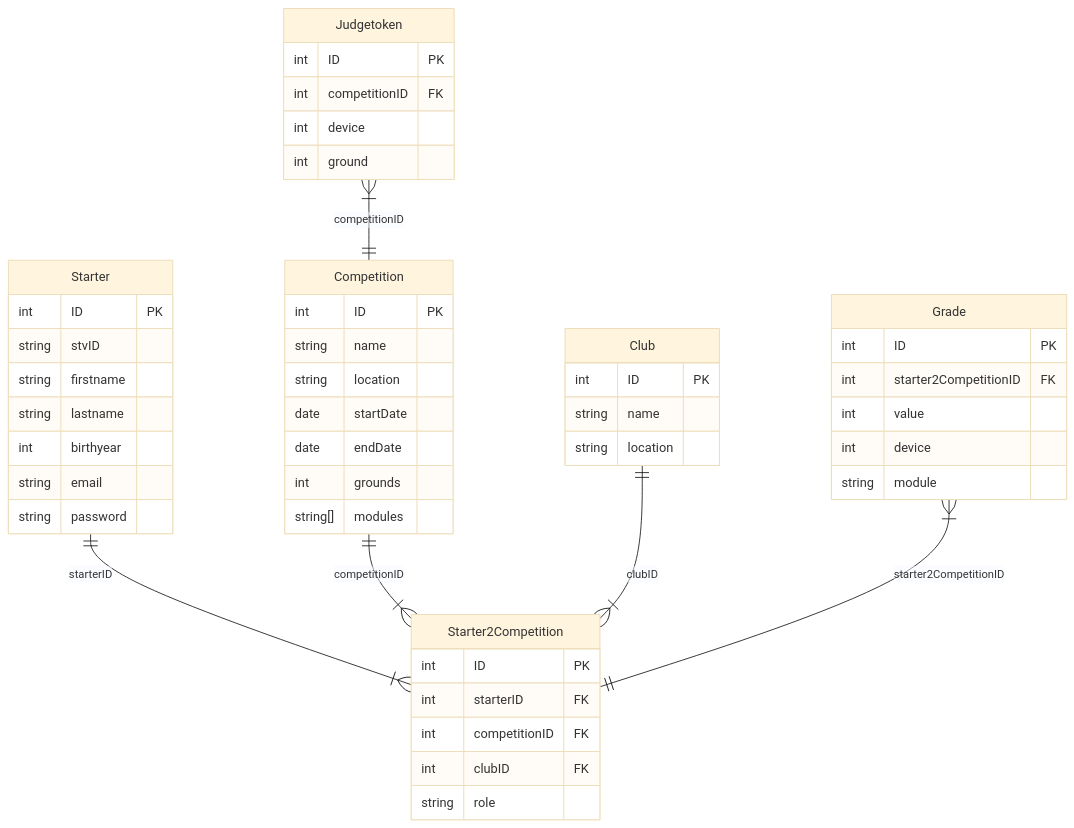
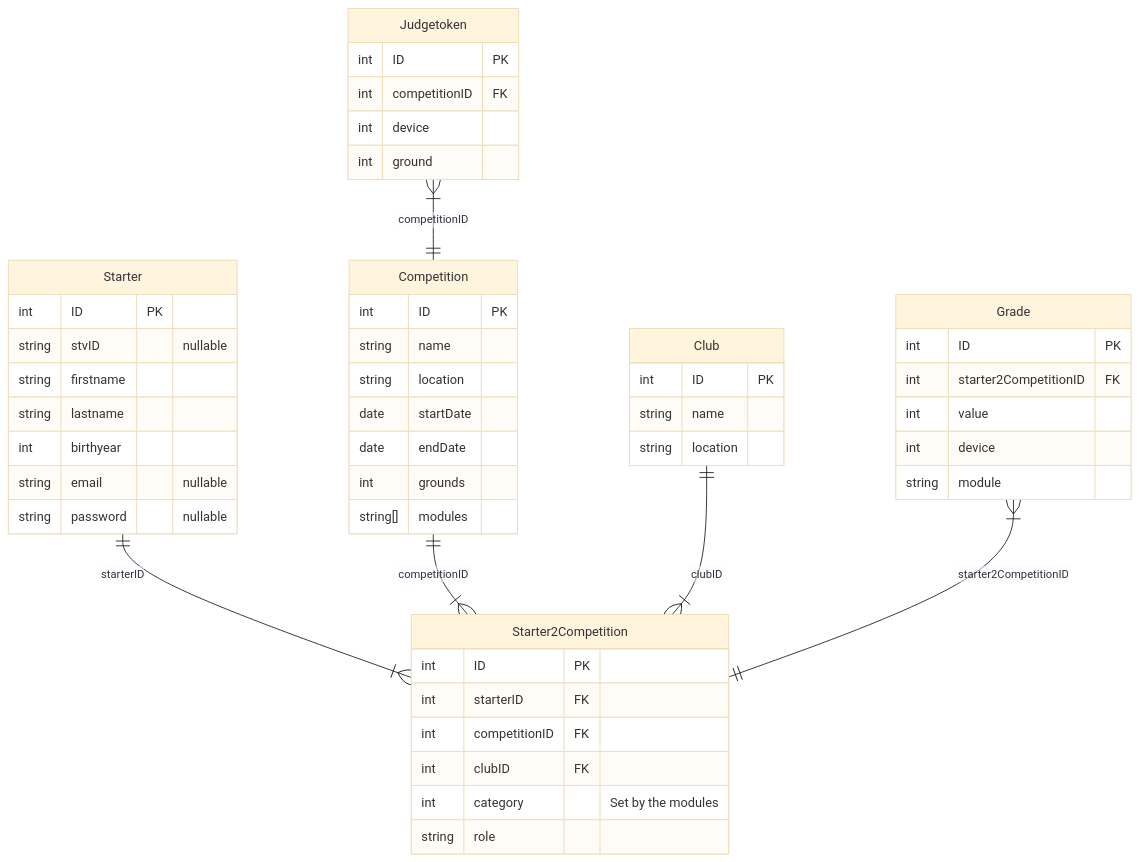
One commit to mathewmeconry/uteg-v2 changed the first of 2 diagrams in docs/DatabaseSchema.md. Above: the diagram before and after it, drawn with Mermaid (base theme).

Commit message:
docs: update database schema with comments and missing fields

````diff
--- a/docs/DatabaseSchema.md
+++ b/docs/DatabaseSchema.md
@@ -3,59 +3,60 @@
 ```mermaid
 erDiagram
     Starter {
         int ID PK
-        string stvID
+        string stvID "nullable"
         string firstname
         string lastname
         int birthyear
-        string email
-        string password
+        string email "nullable"
+        string password "nullable"
     }
 
     Club {
         int ID PK
         string name
         string location
     }
 
     Competition {
         int ID PK
         string name
         string location
         date startDate
         date endDate
         int grounds
         string[] modules
     }
 
     Starter2Competition {
         int ID PK
         int starterID FK
         int competitionID FK
         int clubID FK
+        int category "Set by the modules"
         string role
     }
 
     Starter ||--}| Starter2Competition : starterID
     Competition ||--}| Starter2Competition : competitionID
     Club ||--}| Starter2Competition : clubID
 
     Grade {
         int ID PK
         int starter2CompetitionID FK
         int value
         int device
         string module
     }
 
     Grade |{--|| Starter2Competition: starter2CompetitionID
 
     Judgetoken {
         int ID PK
         int competitionID FK
         int device
         int ground
     }
     
     Judgetoken |{--|| Competition: competitionID
 ```
````
